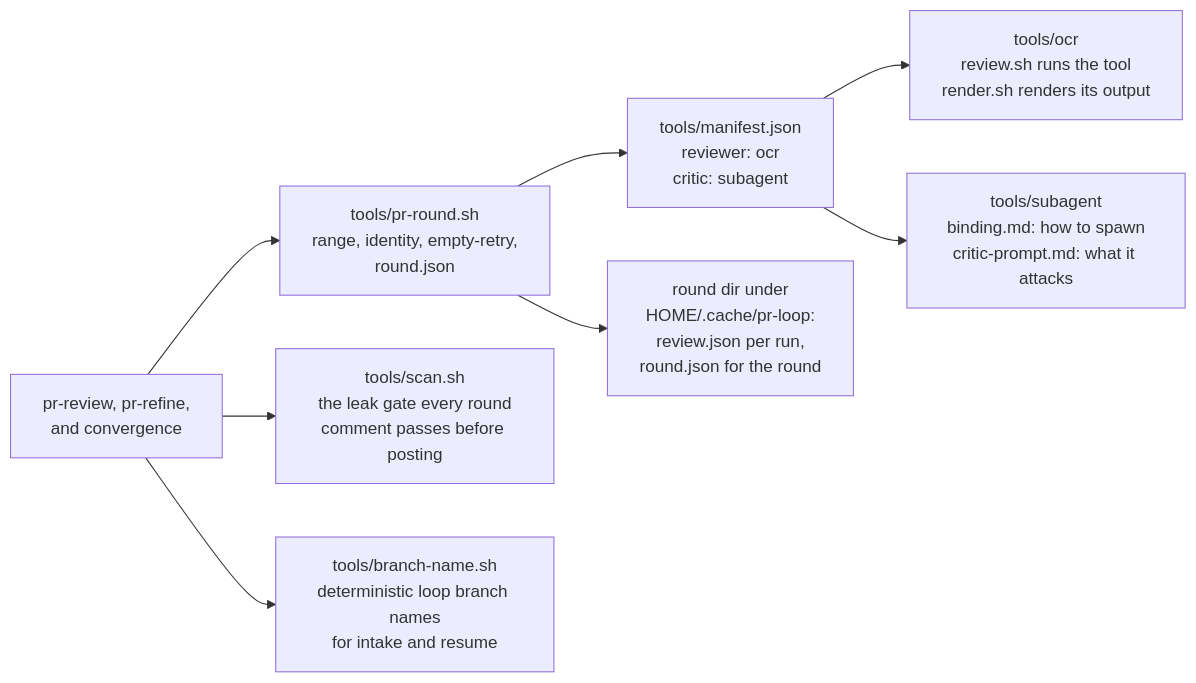
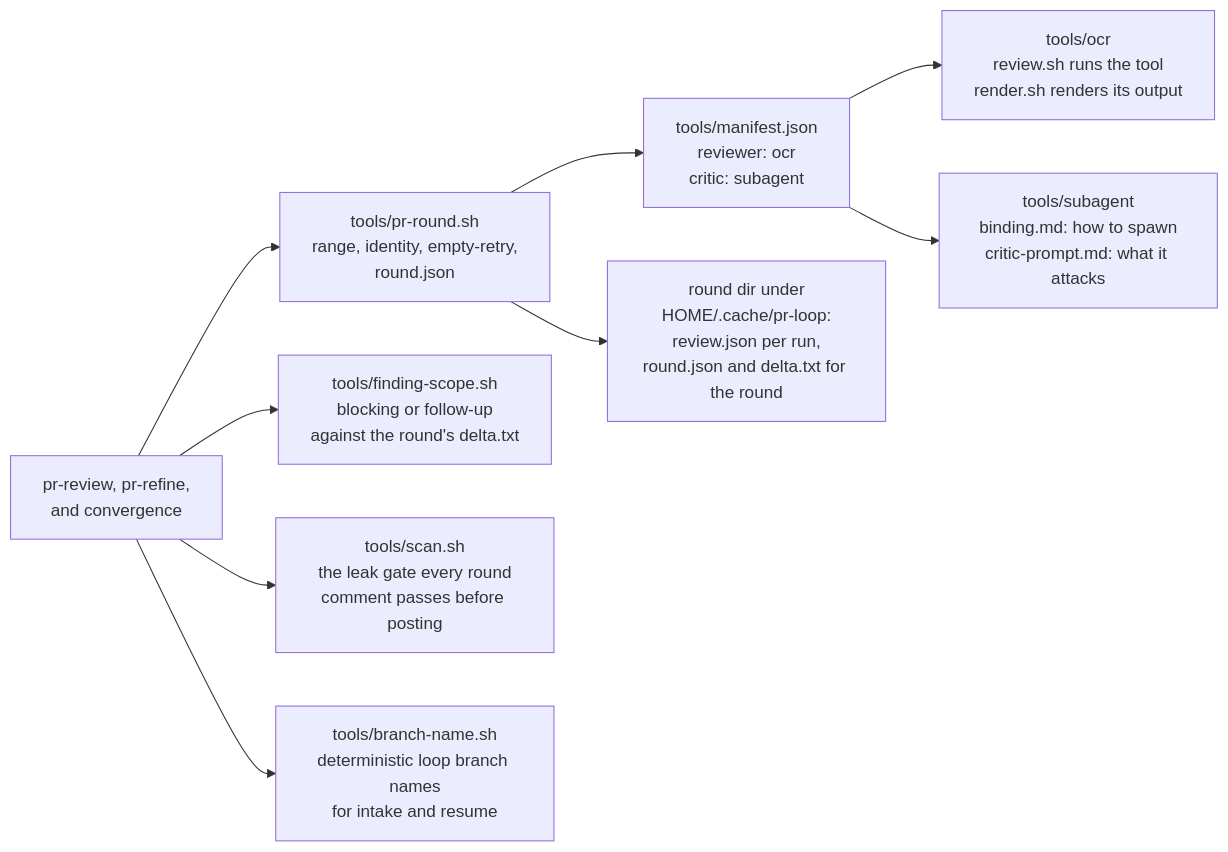
The second of 2 diagrams in dot_claude/skills/issue-to-pr/flow.md (ryankanno/dotfiles), drawn with Mermaid before and after one commit. The commit also changed other lines of this file and 9 other files, not shown here.

````diff
--- a/dot_claude/skills/issue-to-pr/flow.md
+++ b/dot_claude/skills/issue-to-pr/flow.md
@@ -72,10 +79,11 @@
 ```mermaid
 flowchart LR
     S["pr-review, pr-refine,<br/>and convergence"] --> P["tools/pr-round.sh<br/>range, identity, empty-retry,<br/>round.json"]
     P --> M["tools/manifest.json<br/>reviewer: ocr<br/>critic: subagent"]
+    S --> FS["tools/finding-scope.sh<br/>blocking or follow-up<br/>against the round's delta.txt"]
     M --> R["tools/ocr<br/>review.sh runs the tool<br/>render.sh renders its output"]
     M --> C["tools/subagent<br/>binding.md: how to spawn<br/>critic-prompt.md: what it attacks"]
-    P --> O["round dir under<br/>HOME/.cache/pr-loop:<br/>review.json per run,<br/>round.json for the round"]
+    P --> O["round dir under<br/>HOME/.cache/pr-loop:<br/>review.json per run,<br/>round.json and delta.txt for the round"]
     S --> SC["tools/scan.sh<br/>the leak gate every round<br/>comment passes before posting"]
     S --> BN["tools/branch-name.sh<br/>deterministic loop branch names<br/>for intake and resume"]
 ```
````
